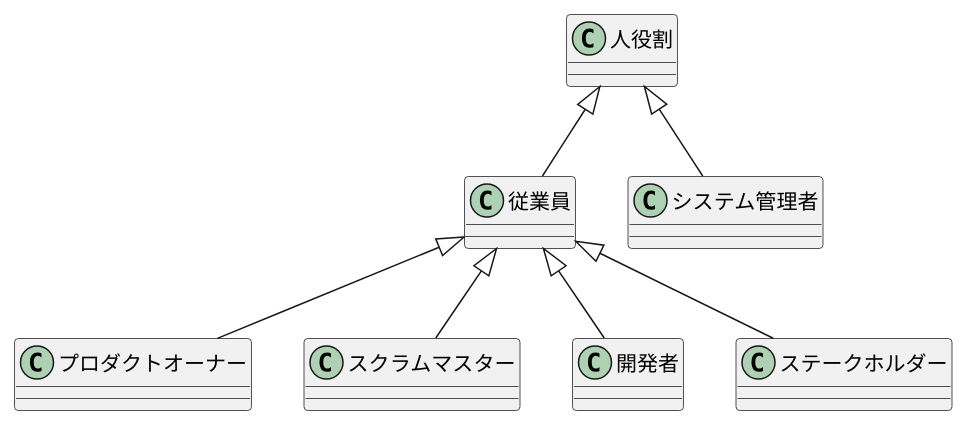
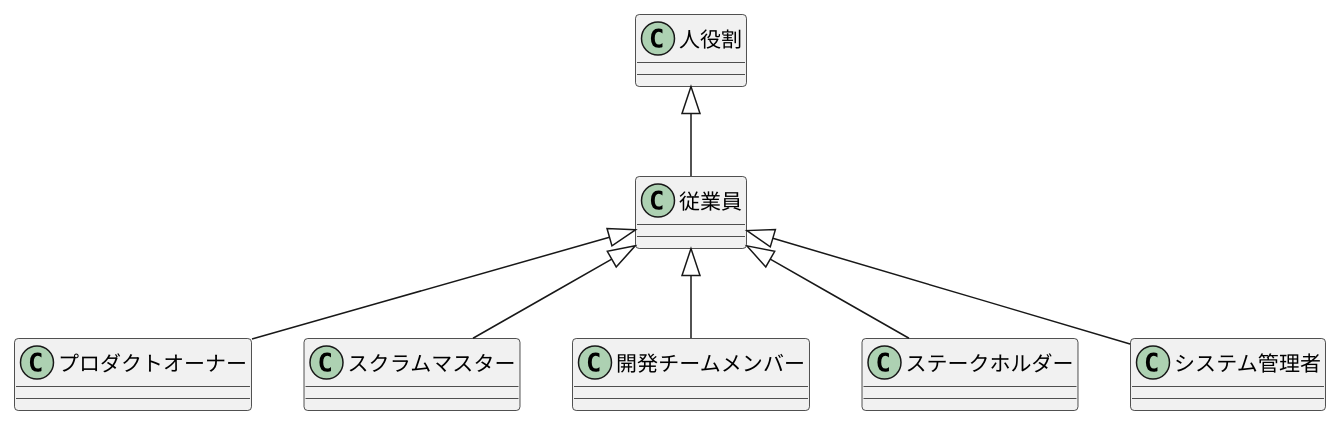
One commit to mizo432/modulith-learning changed the diagram in docs/12 RDRA モデル/06 機能要件/AG アジルーム/03.システム境界/02.アクター/アクタークラス図.md. Above: the diagram before and after it, drawn with PlantUML.

Commit message:
docs: バッチ設計ガイド

````diff
--- a/docs/12 RDRA モデル/06 機能要件/AG アジルーム/03.システム境界/02.アクター/アクタークラス図.md
+++ b/docs/12 RDRA モデル/06 機能要件/AG アジルーム/03.システム境界/02.アクター/アクタークラス図.md
@@ -1,19 +1,19 @@
 ```puml
 @startuml
 class 人役割
 class 従業員
 class プロダクトオーナー
 class スクラムマスター
-class 開発者
+class 開発チームメンバー
 class ステークホルダー
 class システム管理者
 
 人役割 <|-- 従業員
 従業員 <|-- ステークホルダー
-従業員 <|-- 開発者
+従業員 <|-- 開発チームメンバー
 従業員 <|-- プロダクトオーナー
 従業員 <|-- スクラムマスター
-人役割 <|-- システム管理者
+従業員 <|-- システム管理者
 
 @enduml
 ```
````
